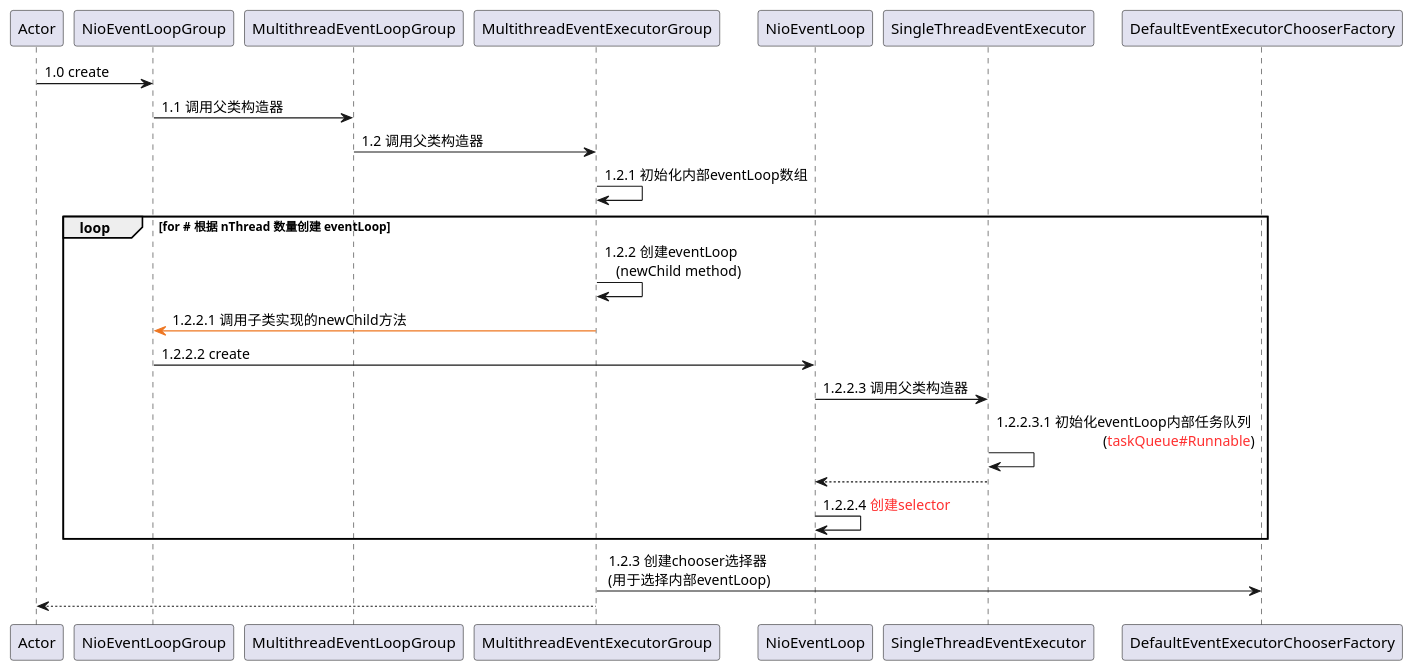
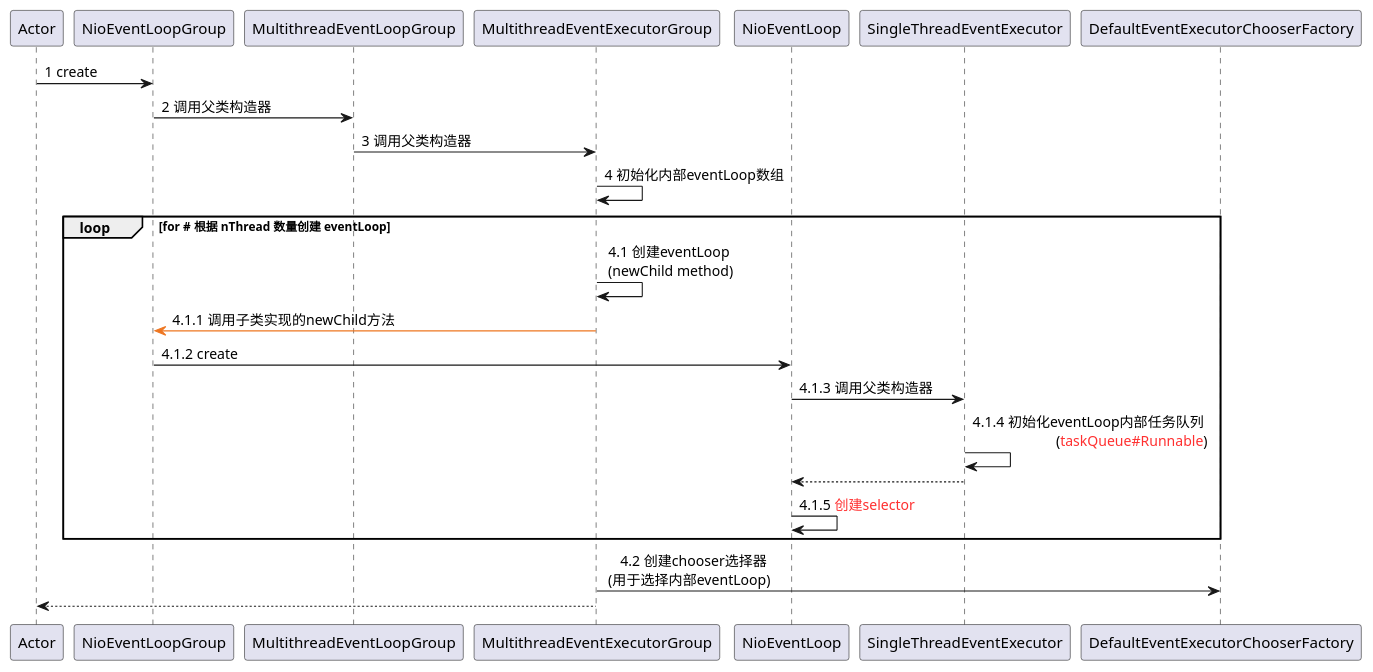
Before and after one commit to Simba-cheng/netty: the diagram in puml/NioEventLoopGroup.puml, drawn with PlantUML.

Commit message:
refactor(code): 源码添加注释

```diff
--- a/puml/NioEventLoopGroup.puml
+++ b/puml/NioEventLoopGroup.puml
@@ -1,19 +1,19 @@
 @startuml participant
 
-Actor -> NioEventLoopGroup: 1.0 create
-NioEventLoopGroup -> MultithreadEventLoopGroup: 1.1 调用父类构造器
-MultithreadEventLoopGroup -> MultithreadEventExecutorGroup: 1.2 调用父类构造器
-MultithreadEventExecutorGroup -> MultithreadEventExecutorGroup: 1.2.1 初始化内部eventLoop数组
+Actor -> NioEventLoopGroup: 1 create
+NioEventLoopGroup -> MultithreadEventLoopGroup: 2 调用父类构造器
+MultithreadEventLoopGroup -> MultithreadEventExecutorGroup: 3 调用父类构造器
+MultithreadEventExecutorGroup -> MultithreadEventExecutorGroup: 4 初始化内部eventLoop数组
 loop for # 根据 nThread 数量创建 eventLoop
-MultithreadEventExecutorGroup -> MultithreadEventExecutorGroup: 1.2.2 创建eventLoop \r (newChild method)
-NioEventLoopGroup <-[#EE7621] MultithreadEventExecutorGroup: 1.2.2.1 调用子类实现的newChild方法
-NioEventLoopGroup -> NioEventLoop: 1.2.2.2 create
-NioEventLoop -> SingleThreadEventExecutor: 1.2.2.3 调用父类构造器
-SingleThreadEventExecutor -> SingleThreadEventExecutor: 1.2.2.3.1 初始化eventLoop内部任务队列 \r (<color:#FF3030>taskQueue#Runnable</color>)
+MultithreadEventExecutorGroup -> MultithreadEventExecutorGroup: 4.1 创建eventLoop \r (newChild method)
+NioEventLoopGroup <-[#EE7621] MultithreadEventExecutorGroup: 4.1.1 调用子类实现的newChild方法
+NioEventLoopGroup -> NioEventLoop: 4.1.2 create
+NioEventLoop -> SingleThreadEventExecutor: 4.1.3 调用父类构造器
+SingleThreadEventExecutor -> SingleThreadEventExecutor: 4.1.4 初始化eventLoop内部任务队列 \r (<color:#FF3030>taskQueue#Runnable</color>)
 NioEventLoop <-- SingleThreadEventExecutor
-NioEventLoop -> NioEventLoop: 1.2.2.4 <color:#FF3030>创建selector</color>
+NioEventLoop -> NioEventLoop: 4.1.5 <color:#FF3030>创建selector</color>
 end
-MultithreadEventExecutorGroup -> DefaultEventExecutorChooserFactory: 1.2.3 创建chooser选择器 \r (用于选择内部eventLoop)
+MultithreadEventExecutorGroup -> DefaultEventExecutorChooserFactory: 4.2 创建chooser选择器 \r (用于选择内部eventLoop)
 
 Actor <-- MultithreadEventExecutorGroup
 @enduml
```
